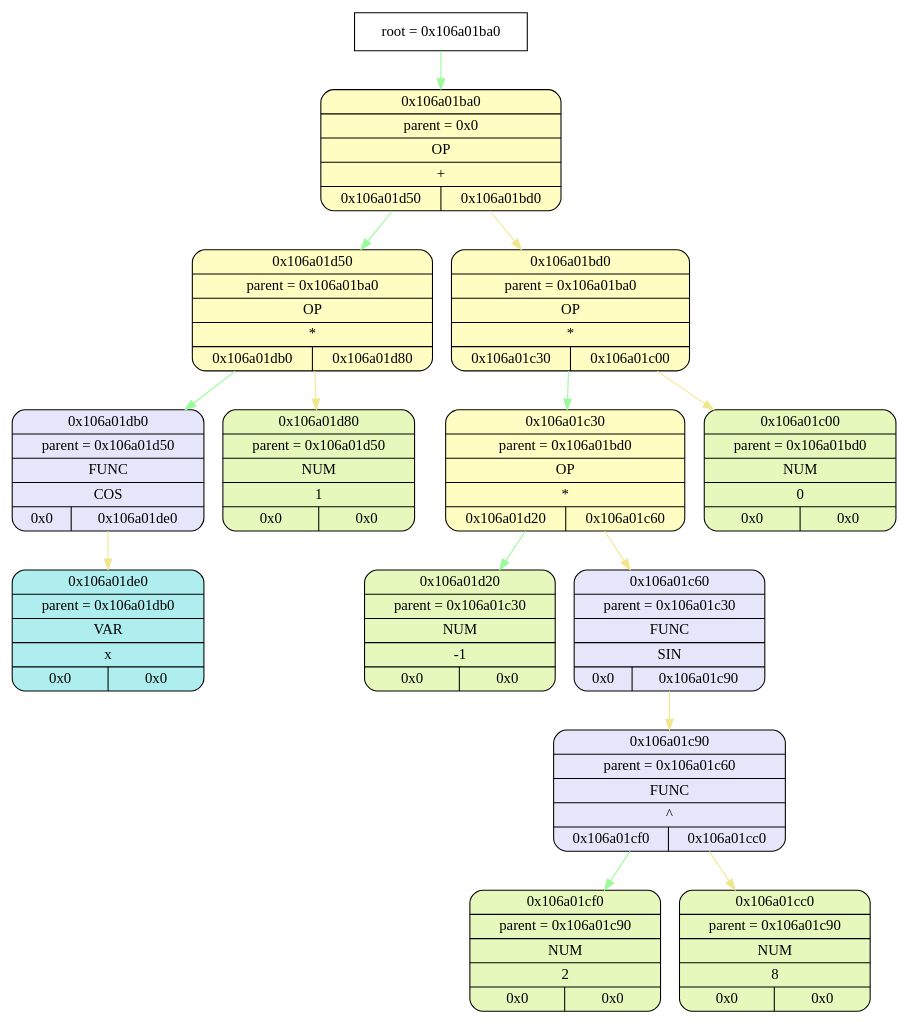
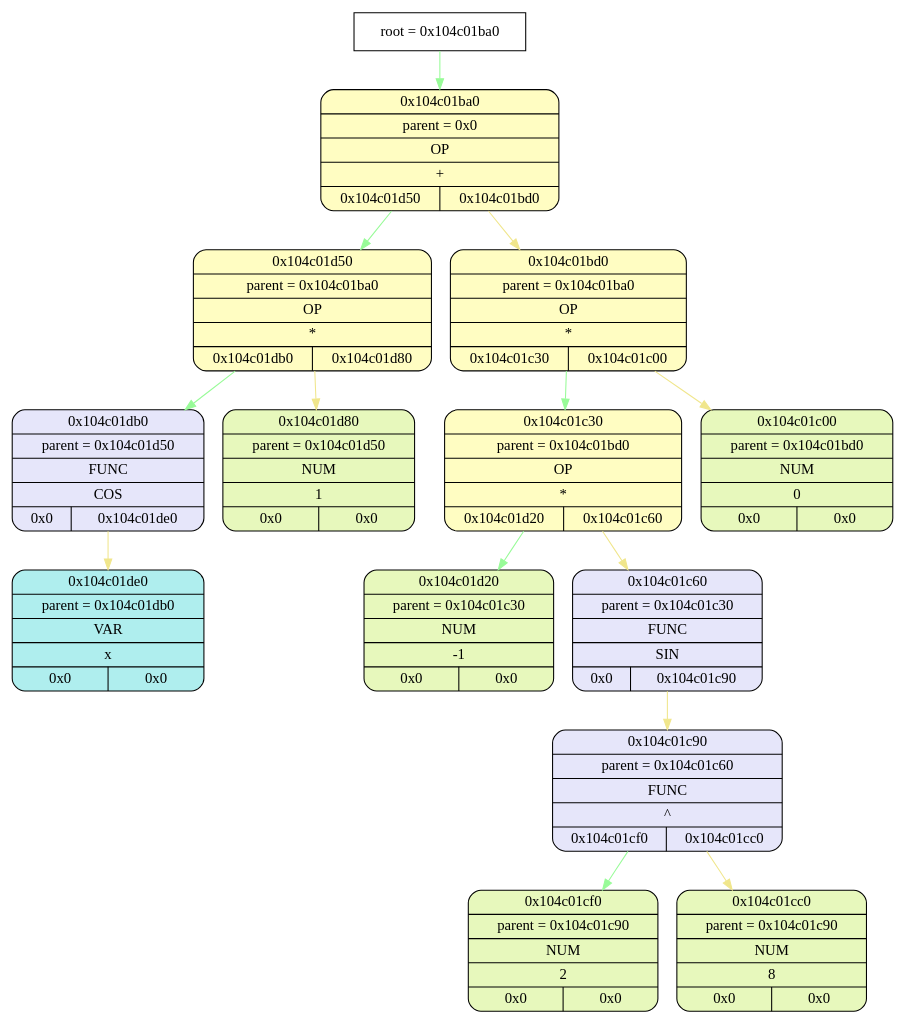
Before and after one commit to esgalimov/differentiator: the diagram in tmp/graphviz.dot, drawn with Graphviz. The commit also changed 6 other files, not shown here.

```diff
--- a/tmp/graphviz.dot
+++ b/tmp/graphviz.dot
@@ -1,44 +1,44 @@
 digraph
 {
-    node_info[shape = record, label = "{root = 0x106a01ba0}"];
+    node_info[shape = record, label = "{root = 0x104c01ba0}"];
 
-    node_info->node_0x106a01ba0 [color = "#98FB98"];
-    node_0x106a01ba0[shape = Mrecord, label = "{{0x106a01ba0} | {parent =  0x0} | {OP} | {+} | {0x106a01d50 | 0x106a01bd0}}",
+    node_info->node_0x104c01ba0 [color = "#98FB98"];
+    node_0x104c01ba0[shape = Mrecord, label = "{{0x104c01ba0} | {parent =  0x0} | {OP} | {+} | {0x104c01d50 | 0x104c01bd0}}",
                 style="filled", fillcolor="#FFFDC2"];
-    node_0x106a01d50[shape = Mrecord, label = "{{0x106a01d50} | {parent =  0x106a01ba0} | {OP} | {*} | {0x106a01db0 | 0x106a01d80}}",
+    node_0x104c01d50[shape = Mrecord, label = "{{0x104c01d50} | {parent =  0x104c01ba0} | {OP} | {*} | {0x104c01db0 | 0x104c01d80}}",
                 style="filled", fillcolor="#FFFDC2"];
-    node_0x106a01db0[shape = Mrecord, label = "{{0x106a01db0} | {parent =  0x106a01d50} | {FUNC} | {COS} | {0x0 | 0x106a01de0}}",
+    node_0x104c01db0[shape = Mrecord, label = "{{0x104c01db0} | {parent =  0x104c01d50} | {FUNC} | {COS} | {0x0 | 0x104c01de0}}",
                 style="filled", fillcolor="#E6E6FA"];
-    node_0x106a01de0[shape = Mrecord, label = "{{0x106a01de0} | {parent =  0x106a01db0} | {VAR} | {x} | {0x0 | 0x0}}",
+    node_0x104c01de0[shape = Mrecord, label = "{{0x104c01de0} | {parent =  0x104c01db0} | {VAR} | {x} | {0x0 | 0x0}}",
                 style="filled", fillcolor="#AFEEEE"];
-    node_0x106a01d80[shape = Mrecord, label = "{{0x106a01d80} | {parent =  0x106a01d50} | {NUM} | {1} | {0x0 | 0x0}}",
+    node_0x104c01d80[shape = Mrecord, label = "{{0x104c01d80} | {parent =  0x104c01d50} | {NUM} | {1} | {0x0 | 0x0}}",
                 style="filled", fillcolor="#E7F8BC"];
-    node_0x106a01bd0[shape = Mrecord, label = "{{0x106a01bd0} | {parent =  0x106a01ba0} | {OP} | {*} | {0x106a01c30 | 0x106a01c00}}",
+    node_0x104c01bd0[shape = Mrecord, label = "{{0x104c01bd0} | {parent =  0x104c01ba0} | {OP} | {*} | {0x104c01c30 | 0x104c01c00}}",
                 style="filled", fillcolor="#FFFDC2"];
-    node_0x106a01c30[shape = Mrecord, label = "{{0x106a01c30} | {parent =  0x106a01bd0} | {OP} | {*} | {0x106a01d20 | 0x106a01c60}}",
+    node_0x104c01c30[shape = Mrecord, label = "{{0x104c01c30} | {parent =  0x104c01bd0} | {OP} | {*} | {0x104c01d20 | 0x104c01c60}}",
                 style="filled", fillcolor="#FFFDC2"];
-    node_0x106a01d20[shape = Mrecord, label = "{{0x106a01d20} | {parent =  0x106a01c30} | {NUM} | {-1} | {0x0 | 0x0}}",
+    node_0x104c01d20[shape = Mrecord, label = "{{0x104c01d20} | {parent =  0x104c01c30} | {NUM} | {-1} | {0x0 | 0x0}}",
                 style="filled", fillcolor="#E7F8BC"];
-    node_0x106a01c60[shape = Mrecord, label = "{{0x106a01c60} | {parent =  0x106a01c30} | {FUNC} | {SIN} | {0x0 | 0x106a01c90}}",
+    node_0x104c01c60[shape = Mrecord, label = "{{0x104c01c60} | {parent =  0x104c01c30} | {FUNC} | {SIN} | {0x0 | 0x104c01c90}}",
                 style="filled", fillcolor="#E6E6FA"];
-    node_0x106a01c90[shape = Mrecord, label = "{{0x106a01c90} | {parent =  0x106a01c60} | {FUNC} | {^} | {0x106a01cf0 | 0x106a01cc0}}",
+    node_0x104c01c90[shape = Mrecord, label = "{{0x104c01c90} | {parent =  0x104c01c60} | {FUNC} | {^} | {0x104c01cf0 | 0x104c01cc0}}",
                 style="filled", fillcolor="#E6E6FA"];
-    node_0x106a01cf0[shape = Mrecord, label = "{{0x106a01cf0} | {parent =  0x106a01c90} | {NUM} | {2} | {0x0 | 0x0}}",
+    node_0x104c01cf0[shape = Mrecord, label = "{{0x104c01cf0} | {parent =  0x104c01c90} | {NUM} | {2} | {0x0 | 0x0}}",
                 style="filled", fillcolor="#E7F8BC"];
-    node_0x106a01cc0[shape = Mrecord, label = "{{0x106a01cc0} | {parent =  0x106a01c90} | {NUM} | {8} | {0x0 | 0x0}}",
+    node_0x104c01cc0[shape = Mrecord, label = "{{0x104c01cc0} | {parent =  0x104c01c90} | {NUM} | {8} | {0x0 | 0x0}}",
                 style="filled", fillcolor="#E7F8BC"];
-    node_0x106a01c00[shape = Mrecord, label = "{{0x106a01c00} | {parent =  0x106a01bd0} | {NUM} | {0} | {0x0 | 0x0}}",
+    node_0x104c01c00[shape = Mrecord, label = "{{0x104c01c00} | {parent =  0x104c01bd0} | {NUM} | {0} | {0x0 | 0x0}}",
                 style="filled", fillcolor="#E7F8BC"];
-    node_0x106a01ba0->node_0x106a01d50 [color = "#98FB98"];
-    node_0x106a01d50->node_0x106a01db0 [color = "#98FB98"];
-    node_0x106a01db0->node_0x106a01de0 [color = "#F0E68C"];
-    node_0x106a01d50->node_0x106a01d80 [color = "#F0E68C"];
-    node_0x106a01ba0->node_0x106a01bd0 [color = "#F0E68C"];
-    node_0x106a01bd0->node_0x106a01c30 [color = "#98FB98"];
-    node_0x106a01c30->node_0x106a01d20 [color = "#98FB98"];
-    node_0x106a01c30->node_0x106a01c60 [color = "#F0E68C"];
-    node_0x106a01c60->node_0x106a01c90 [color = "#F0E68C"];
-    node_0x106a01c90->node_0x106a01cf0 [color = "#98FB98"];
-    node_0x106a01c90->node_0x106a01cc0 [color = "#F0E68C"];
-    node_0x106a01bd0->node_0x106a01c00 [color = "#F0E68C"];
+    node_0x104c01ba0->node_0x104c01d50 [color = "#98FB98"];
+    node_0x104c01d50->node_0x104c01db0 [color = "#98FB98"];
+    node_0x104c01db0->node_0x104c01de0 [color = "#F0E68C"];
+    node_0x104c01d50->node_0x104c01d80 [color = "#F0E68C"];
+    node_0x104c01ba0->node_0x104c01bd0 [color = "#F0E68C"];
+    node_0x104c01bd0->node_0x104c01c30 [color = "#98FB98"];
+    node_0x104c01c30->node_0x104c01d20 [color = "#98FB98"];
+    node_0x104c01c30->node_0x104c01c60 [color = "#F0E68C"];
+    node_0x104c01c60->node_0x104c01c90 [color = "#F0E68C"];
+    node_0x104c01c90->node_0x104c01cf0 [color = "#98FB98"];
+    node_0x104c01c90->node_0x104c01cc0 [color = "#F0E68C"];
+    node_0x104c01bd0->node_0x104c01c00 [color = "#F0E68C"];
 }
```
